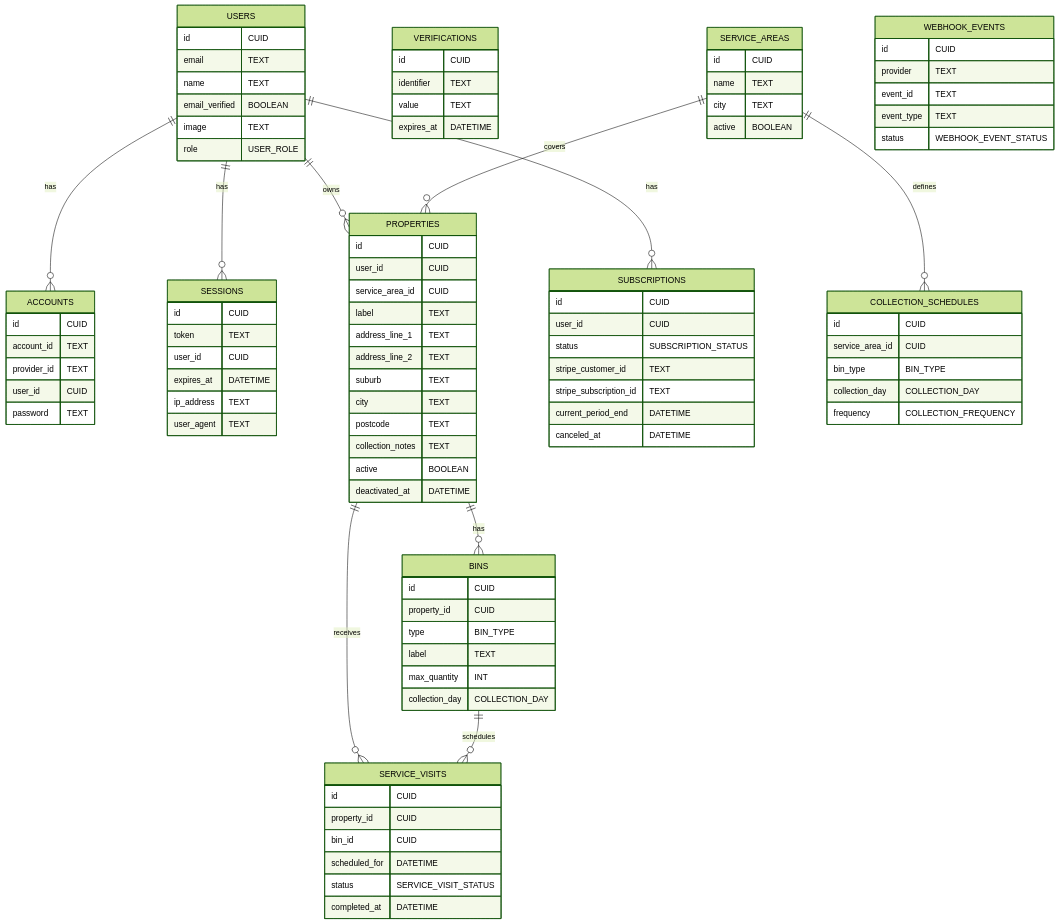
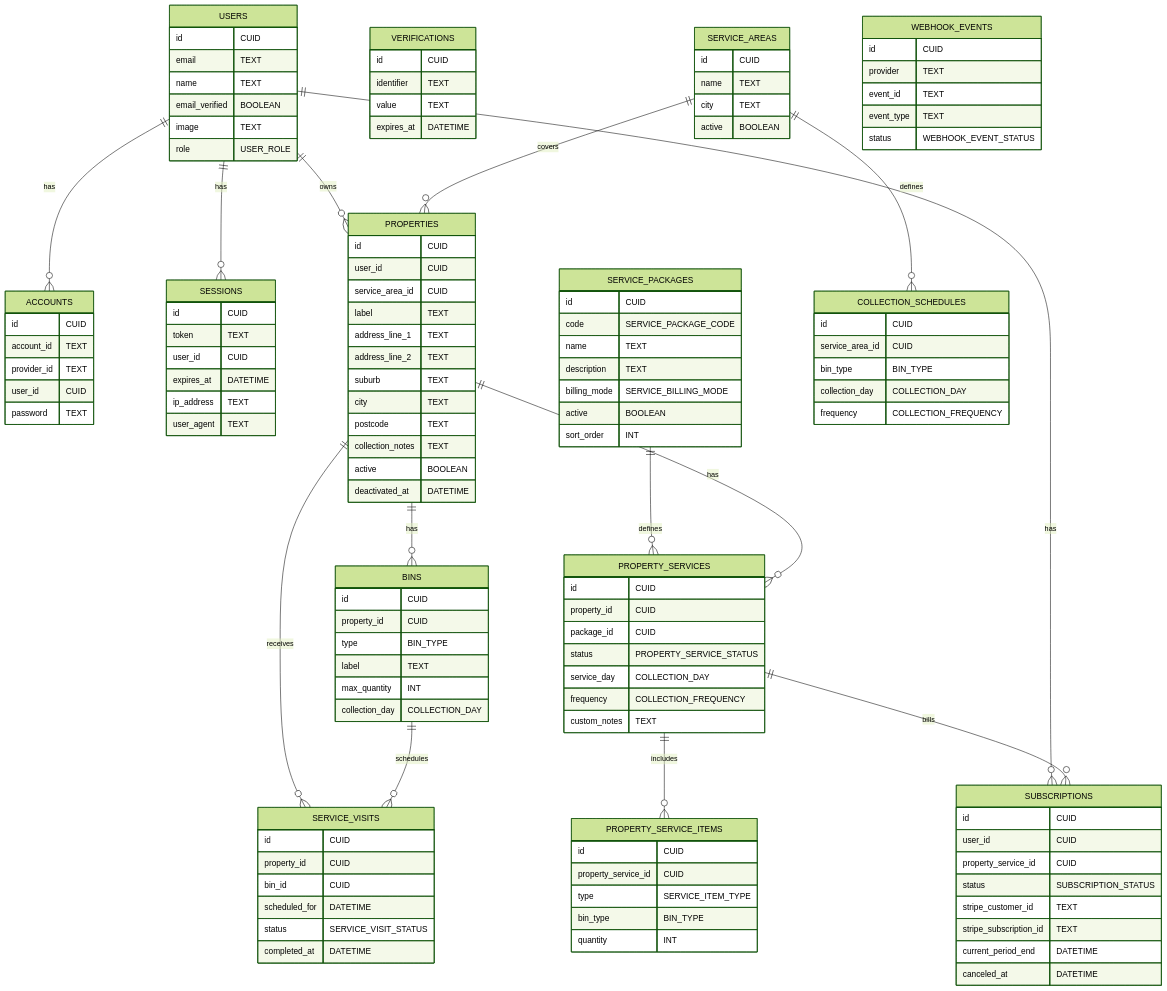
The diagram in docs/diagrams/data-model.md (angelacollings/binrun), drawn with Mermaid (forest theme) before and after one commit. The commit also changed other lines of this file and 29 other files, not shown here.

Commit message:
Pivot signup to service packages

```diff
--- a/docs/diagrams/data-model.md
+++ b/docs/diagrams/data-model.md
@@ -68,11 +75,40 @@
     SUBSCRIPTIONS {
         id CUID
         user_id CUID
+        property_service_id CUID
         status SUBSCRIPTION_STATUS
         stripe_customer_id TEXT
         stripe_subscription_id TEXT
         current_period_end DATETIME
         canceled_at DATETIME
+    }
+
+    SERVICE_PACKAGES {
+        id CUID
+        code SERVICE_PACKAGE_CODE
+        name TEXT
+        description TEXT
+        billing_mode SERVICE_BILLING_MODE
+        active BOOLEAN
+        sort_order INT
+    }
+
+    PROPERTY_SERVICES {
+        id CUID
+        property_id CUID
+        package_id CUID
+        status PROPERTY_SERVICE_STATUS
+        service_day COLLECTION_DAY
+        frequency COLLECTION_FREQUENCY
+        custom_notes TEXT
+    }
+
+    PROPERTY_SERVICE_ITEMS {
+        id CUID
+        property_service_id CUID
+        type SERVICE_ITEM_TYPE
+        bin_type BIN_TYPE
+        quantity INT
     }
 
     SERVICE_AREAS {
@@ -112,6 +148,10 @@
     USERS ||--o{ PROPERTIES : owns
     PROPERTIES ||--o{ BINS : has
     USERS ||--o{ SUBSCRIPTIONS : has
+    SERVICE_PACKAGES ||--o{ PROPERTY_SERVICES : defines
+    PROPERTIES ||--o{ PROPERTY_SERVICES : has
+    PROPERTY_SERVICES ||--o{ PROPERTY_SERVICE_ITEMS : includes
+    PROPERTY_SERVICES ||--o{ SUBSCRIPTIONS : bills
     SERVICE_AREAS ||--o{ PROPERTIES : covers
     SERVICE_AREAS ||--o{ COLLECTION_SCHEDULES : defines
     PROPERTIES ||--o{ SERVICE_VISITS : receives
```
